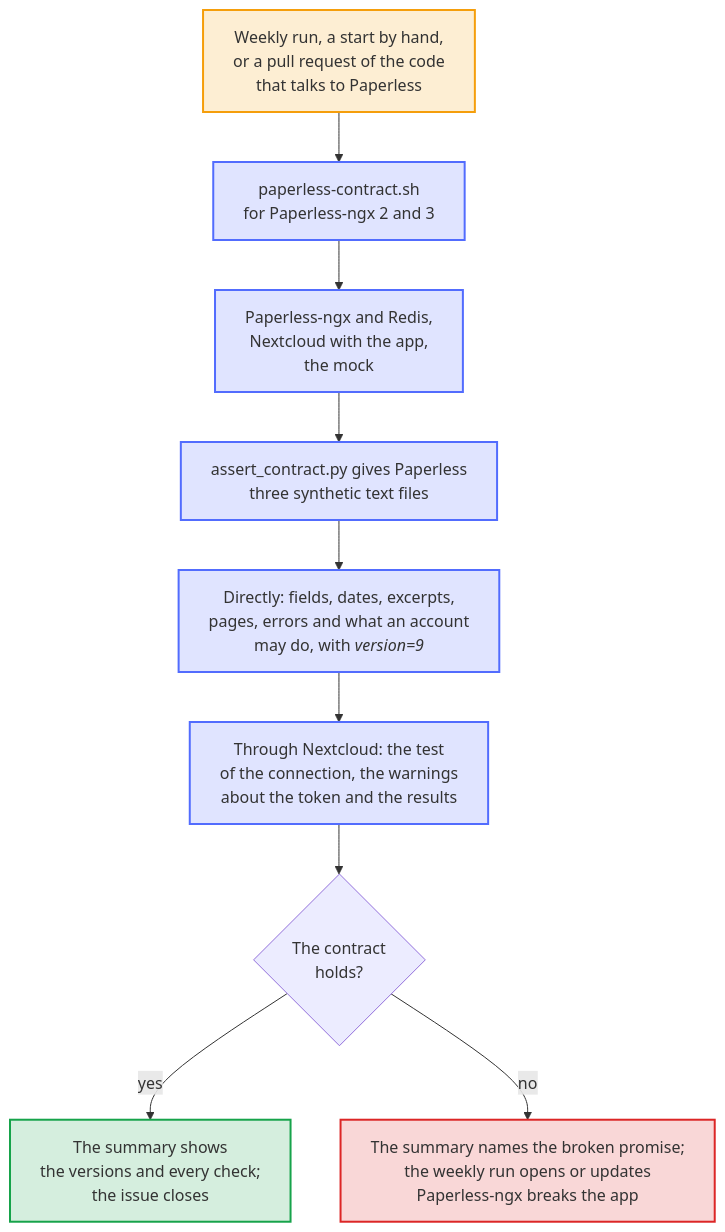
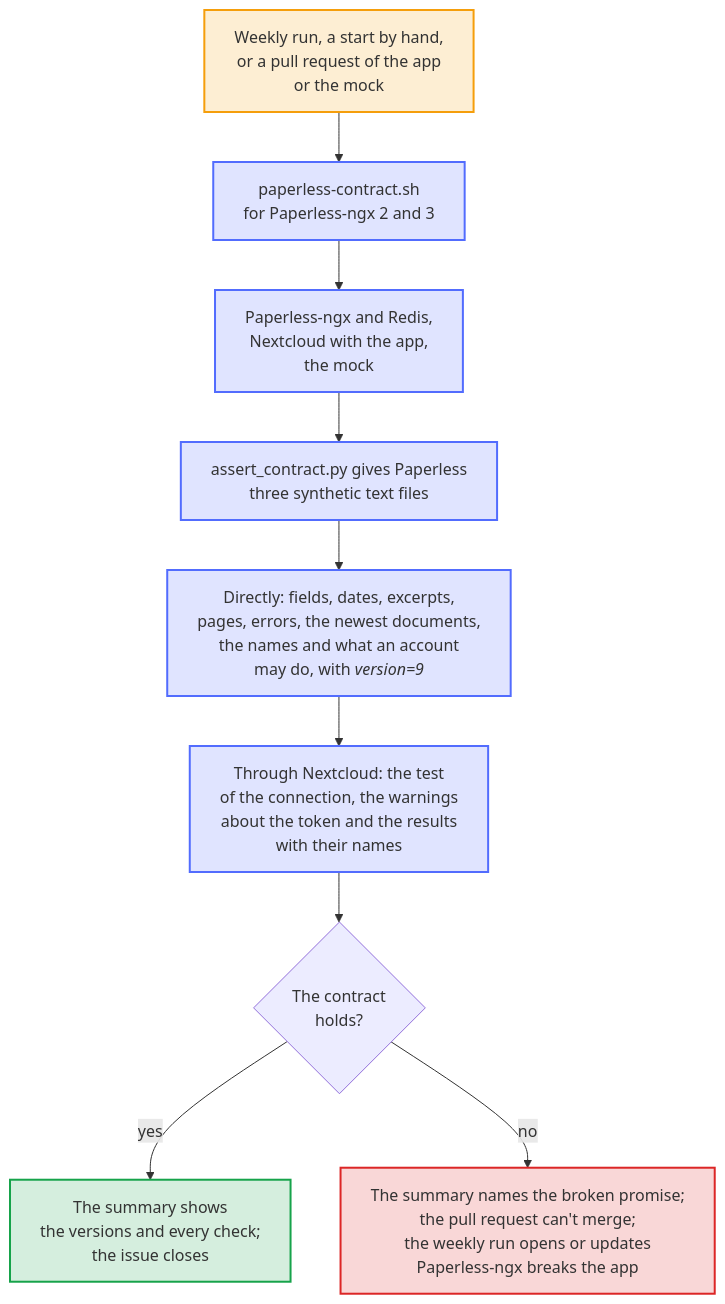
Before and after one commit to Dennis-Otto/paperless-unified-search: the diagram in docs/diagrams/the-contract-with-paperless.mmd, drawn with Mermaid. The commit also changed 19 other files, not shown here.

First line of the commit message:
ci(e2e): run the Paperless contract for all code that talks to Paperless, check the name lookups, and make it required (#236)

```diff
--- a/docs/diagrams/the-contract-with-paperless.mmd
+++ b/docs/diagrams/the-contract-with-paperless.mmd
@@ -1,31 +1,31 @@
 ---
 config:
   flowchart:
     wrappingWidth: 400
 ---
 flowchart TB
     accTitle: The contract with a real Paperless-ngx
-    accDescr: Every Monday, when started by hand, and in a pull request that changes the code that talks to Paperless, the job paperless runs paperless-contract.sh for Paperless-ngx 2 and 3. It starts that Paperless with Redis, Nextcloud with the app and the mock, and assert_contract.py gives Paperless three synthetic text files. Then it checks, with the version of the API and the fields that the app asks for, the fields, dates, excerpts, pages and errors and what /api/ui_settings/ says an account may do directly, and the test of the connection, the warnings about the token and the results through Nextcloud. The summary of the job shows the versions and every check. A failed weekly run opens or updates the issue Paperless-ngx breaks the app, and a run that passes closes it.
+    accDescr: Every Monday, when started by hand, and in a pull request that changes the app or the mock, the job paperless runs paperless-contract.sh for Paperless-ngx 2 and 3. It starts that Paperless with Redis, Nextcloud with the app and the mock, and assert_contract.py gives Paperless three synthetic text files. Then it checks, with the version of the API and the fields that the app asks for, the fields, dates, excerpts, pages and errors, the newest documents, the names of correspondents and types and what /api/ui_settings/ says an account may do directly, and the test of the connection, the warnings about the token and the results with their names through Nextcloud. The summary of the job shows the versions and every check. A broken contract fails the required check, so the pull request can't merge; a failed weekly run opens or updates the issue Paperless-ngx breaks the app, and a run that passes closes it.
 
-    trigger["Weekly run, a start by hand,<br>or a pull request of the code<br>that talks to Paperless"]
+    trigger["Weekly run, a start by hand,<br>or a pull request of the app<br>or the mock"]
     script["paperless-contract.sh<br>for Paperless-ngx 2 and 3"]
     start["Paperless-ngx and Redis,<br>Nextcloud with the app,<br>the mock"]
     seed["assert_contract.py gives Paperless<br>three synthetic text files"]
-    direct["`Directly: fields, dates, excerpts,<br>pages, errors and what an account<br>may do, with *version=9*`"]
-    through["Through Nextcloud: the test<br>of the connection, the warnings<br>about the token and the results"]
+    direct["`Directly: fields, dates, excerpts,<br>pages, errors, the newest documents,<br>the names and what an account<br>may do, with *version=9*`"]
+    through["Through Nextcloud: the test<br>of the connection, the warnings<br>about the token and the results<br>with their names"]
     holds{"The contract<br>holds?"}
     passed["The summary shows<br>the versions and every check;<br>the issue closes"]
-    failed["The summary names the broken promise;<br>the weekly run opens or updates<br>Paperless-ngx breaks the app"]
+    failed["The summary names the broken promise;<br>the pull request can't merge;<br>the weekly run opens or updates<br>Paperless-ngx breaks the app"]
 
     trigger --> script --> start --> seed --> direct --> through --> holds
     holds -- "yes" --> passed
     holds -- "no" --> failed
 
     classDef person fill:#f59e0b2e,stroke:#f59e0b,stroke-width:2px
     classDef bot fill:#526cfe2e,stroke:#526cfe,stroke-width:2px
     classDef done fill:#16a34a2e,stroke:#16a34a,stroke-width:2px
     classDef fail fill:#dc26262e,stroke:#dc2626,stroke-width:2px
     class trigger person
     class script,start,seed,direct,through bot
     class passed done
     class failed fail
```
